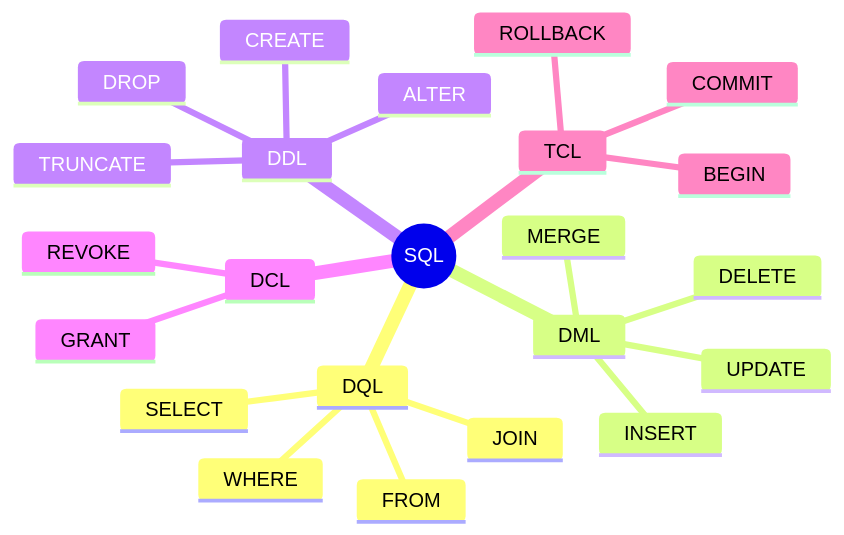
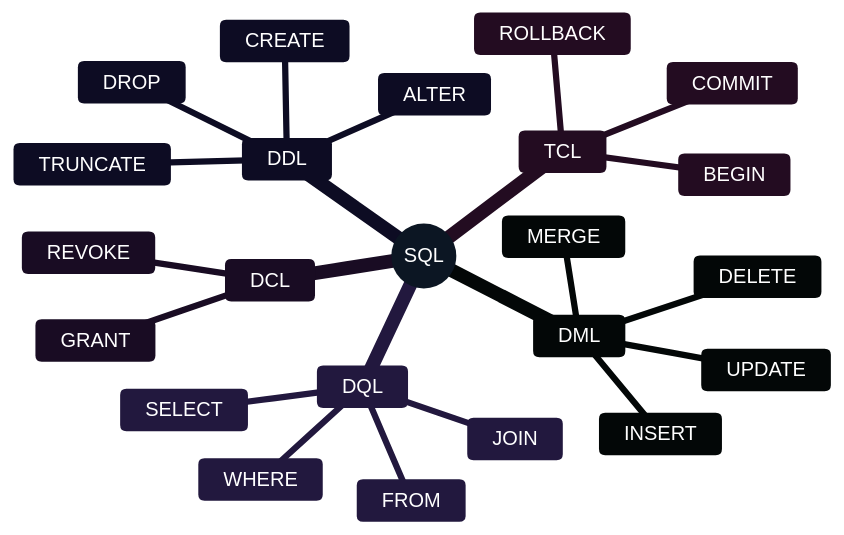
One commit to ImRLopezAG/dev-docs changed the second of 3 diagrams in src/docs/sql/fundamentals/index.mdx. Above: the diagram before and after it, drawn with Mermaid. The commit also changed other lines of this file and 37 other files, not shown here.

First line of the commit message:
feat: enhance documentation with mermaid diagrams and improve JSON handling in Vite config

````diff
--- a/src/docs/sql/fundamentals/index.mdx
+++ b/src/docs/sql/fundamentals/index.mdx
@@ -57,26 +59,28 @@
 ```mermaid
+
+%%{init: {'theme': 'base', 'themeVariables': { 'primaryColor': '#2c5282', 'primaryTextColor': '#ffffff', 'primaryBorderColor': '#2c5282', 'lineColor': '#4a5568', 'secondaryColor': '#553c9a', 'tertiaryColor': '#285e61'}}}%%
 mindmap
   root((SQL))
     DQL
       SELECT
       FROM
       WHERE
       JOIN
     DML
       INSERT
       UPDATE
       DELETE
       MERGE
     DDL
       CREATE
       ALTER
       DROP
       TRUNCATE
     DCL
       GRANT
       REVOKE
     TCL
       BEGIN
       COMMIT
       ROLLBACK
 ```
````
